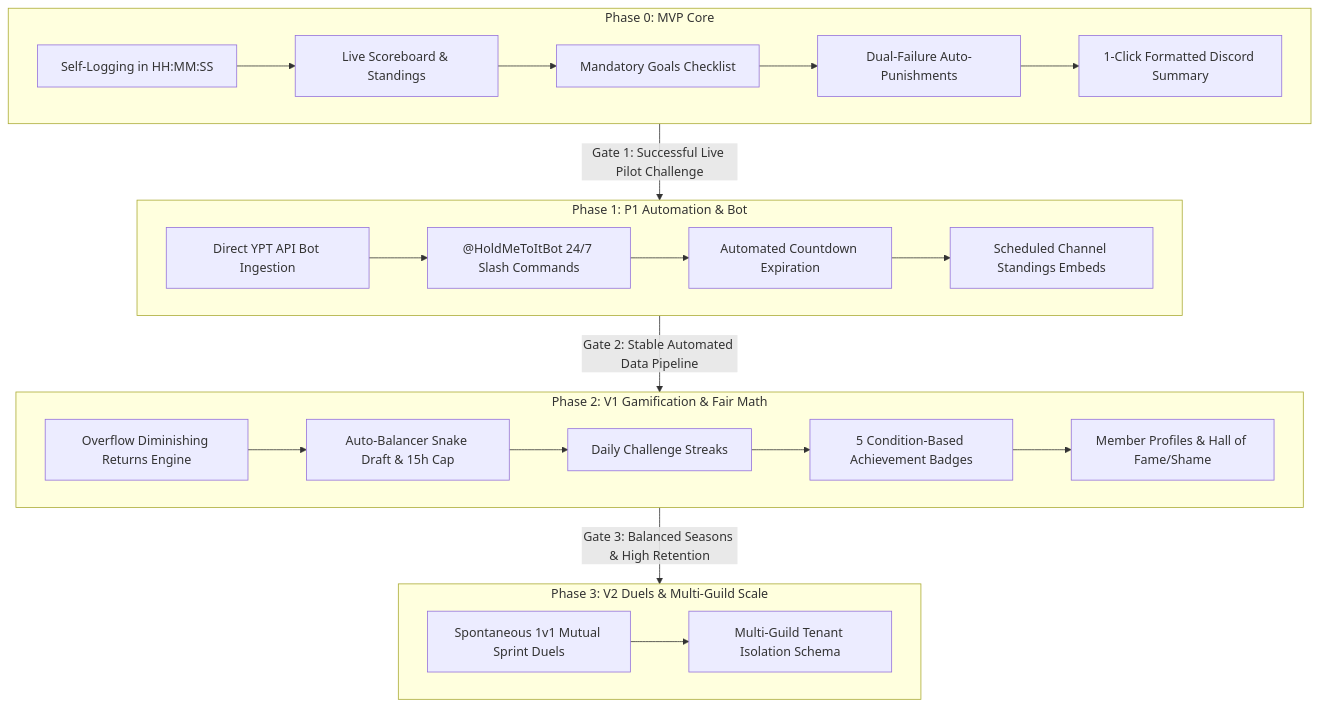
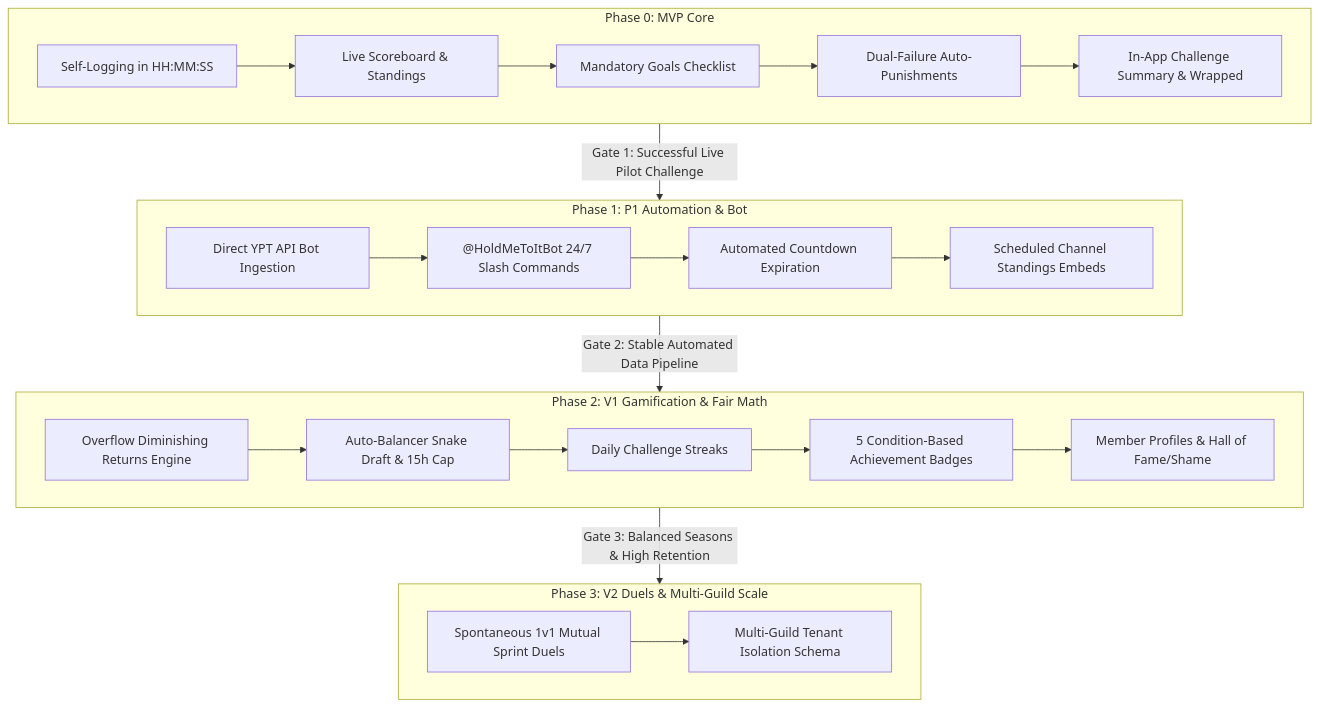
One commit to lrfsdevs/holdmetoit changed the second of 3 diagrams in ROADMAP.md. Above: the diagram before and after it, drawn with Mermaid. The commit also changed other lines of this file and 8 other files, not shown here.

Commit message:
refactor(notifications): remove legacy Discord summary generator and related specs

````diff
--- a/ROADMAP.md
+++ b/ROADMAP.md
@@ -60,30 +60,30 @@
 ```mermaid
 flowchart TD
     subgraph P0["Phase 0: MVP Core"]
         A1["Self-Logging in HH:MM:SS"] --> A2["Live Scoreboard & Standings"]
         A2 --> A3["Mandatory Goals Checklist"]
         A3 --> A4["Dual-Failure Auto-Punishments"]
-        A4 --> A5["1-Click Formatted Discord Summary"]
+        A4 --> A5["In-App Challenge Summary & Wrapped"]
     end
 
     subgraph P1["Phase 1: P1 Automation & Bot"]
         B1["Direct YPT API Bot Ingestion"] --> B2["@HoldMeToItBot 24/7 Slash Commands"]
         B2 --> B3["Automated Countdown Expiration"]
         B3 --> B4["Scheduled Channel Standings Embeds"]
     end
 
     subgraph V1["Phase 2: V1 Gamification & Fair Math"]
         C1["Overflow Diminishing Returns Engine"] --> C2["Auto-Balancer Snake Draft & 15h Cap"]
         C2 --> C3["Daily Challenge Streaks"]
         C3 --> C4["5 Condition-Based Achievement Badges"]
         C4 --> C5["Member Profiles & Hall of Fame/Shame"]
     end
 
     subgraph V2["Phase 3: V2 Duels & Multi-Guild Scale"]
         D1["Spontaneous 1v1 Mutual Sprint Duels"] --> D2["Multi-Guild Tenant Isolation Schema"]
     end
 
     P0 -->|Gate 1: Successful Live Pilot Challenge| P1
     P1 -->|Gate 2: Stable Automated Data Pipeline| V1
     V1 -->|Gate 3: Balanced Seasons & High Retention| V2
 ```
````
